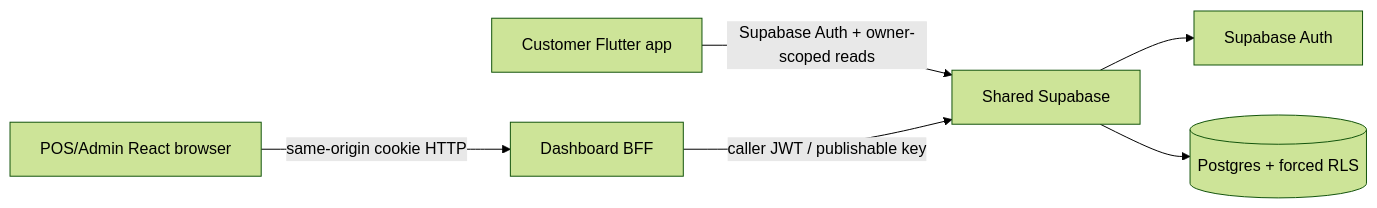
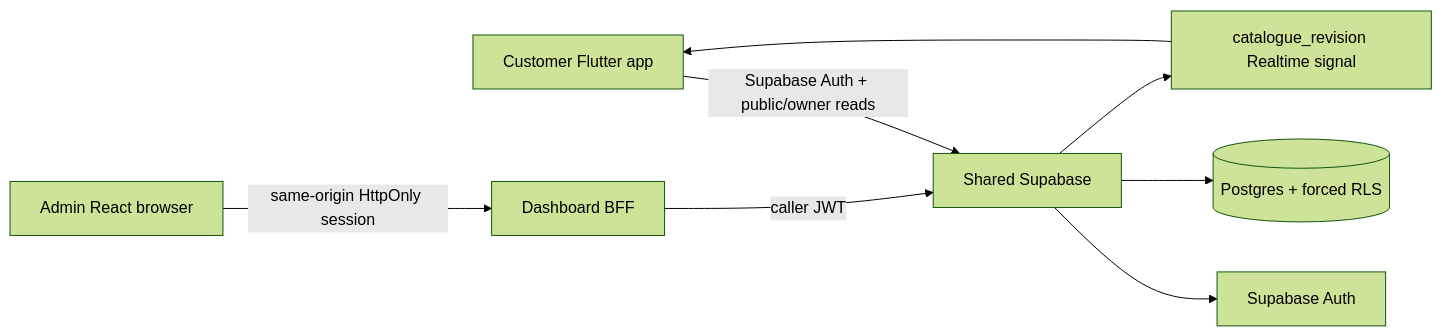
The diagram in docs/context/ARCHITECTURE.md (Hermann-33/Aida_System-Dashboard), drawn with Mermaid (forest theme) before and after one commit. The commit also changed other lines of this file and 16 other files, not shown here.

Commit message:
TASK-MENU-001: synchronize shared catalogue context

````diff
--- a/docs/context/ARCHITECTURE.md
+++ b/docs/context/ARCHITECTURE.md
@@ -7,8 +5,10 @@
 ```mermaid
 flowchart LR
-    C[Customer Flutter app] -->|Supabase Auth + owner-scoped reads| S[Shared Supabase]
-    D[POS/Admin React browser] -->|same-origin cookie HTTP| F[Dashboard BFF]
-    F -->|caller JWT / publishable key| S
-    S --> A[Supabase Auth]
-    S --> P[(Postgres + forced RLS)]
+  C[Customer Flutter app] -->|Supabase Auth + public/owner reads| S[Shared Supabase]
+  D[Admin React browser] -->|same-origin HttpOnly session| B[Dashboard BFF]
+  B -->|caller JWT| S
+  S --> A[Supabase Auth]
+  S --> P[(Postgres + forced RLS)]
+  S --> R[catalogue_revision Realtime signal]
+  R --> C
 ```
````
